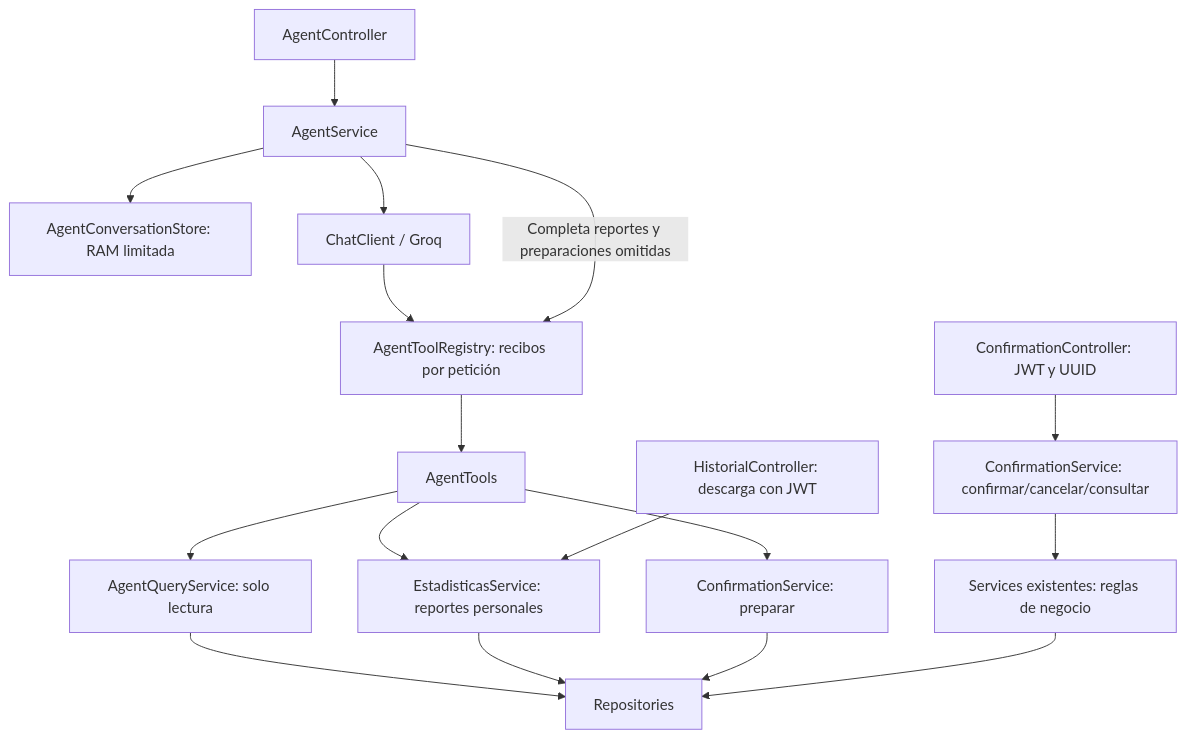
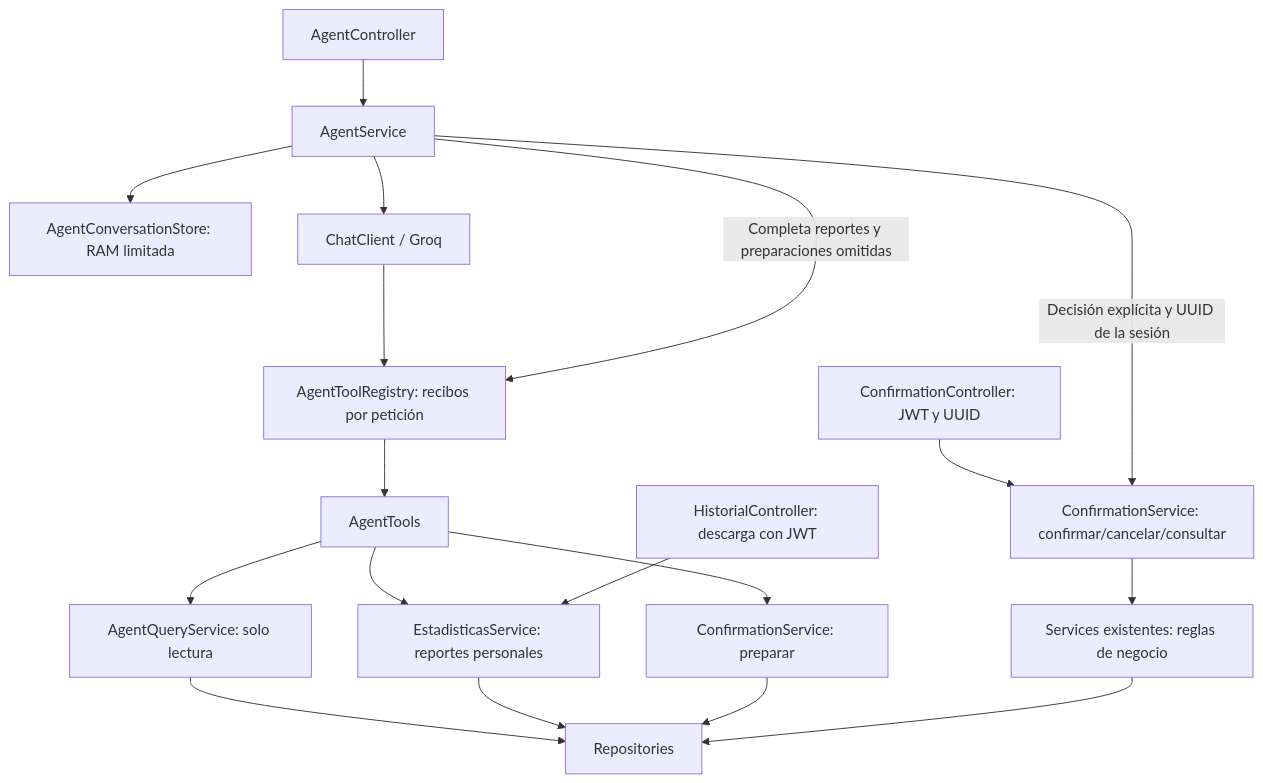
One commit to pollitoconpapass/uniride-spring-backend changed the diagram in docs/agente_flujo.md. Above: the diagram before and after it, drawn with Mermaid. The commit also changed other lines of this file and 22 other files, not shown here.

````diff
--- a/docs/agente_flujo.md
+++ b/docs/agente_flujo.md
@@ -11,19 +11,20 @@
 ```mermaid
 flowchart TD
     C[AgentController] --> S[AgentService]
     S --> M[AgentConversationStore: RAM limitada]
     S --> CC[ChatClient / Groq]
     CC --> R[AgentToolRegistry: recibos por petición]
     S -->|Completa reportes y preparaciones omitidas| R
     R --> T[AgentTools]
     T --> Q[AgentQueryService: solo lectura]
     T --> A[EstadisticasService: reportes personales]
     T --> P[ConfirmationService: preparar]
     D[HistorialController: descarga con JWT] --> A
     H[ConfirmationController: JWT y UUID] --> E[ConfirmationService: confirmar/cancelar/consultar]
+    S -->|Decisión explícita y UUID de la sesión| E
     E --> B[Services existentes: reglas de negocio]
     Q --> DB[Repositories]
     A --> DB
     P --> DB
     B --> DB
 ```
````
